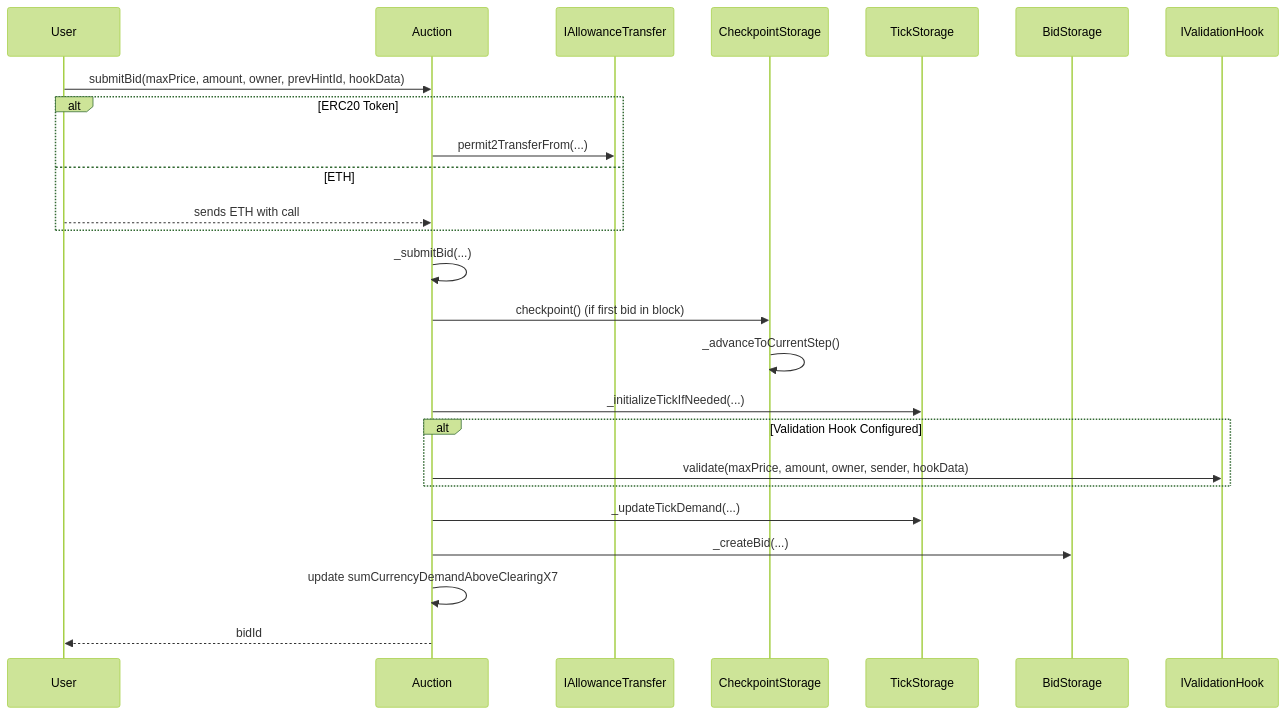
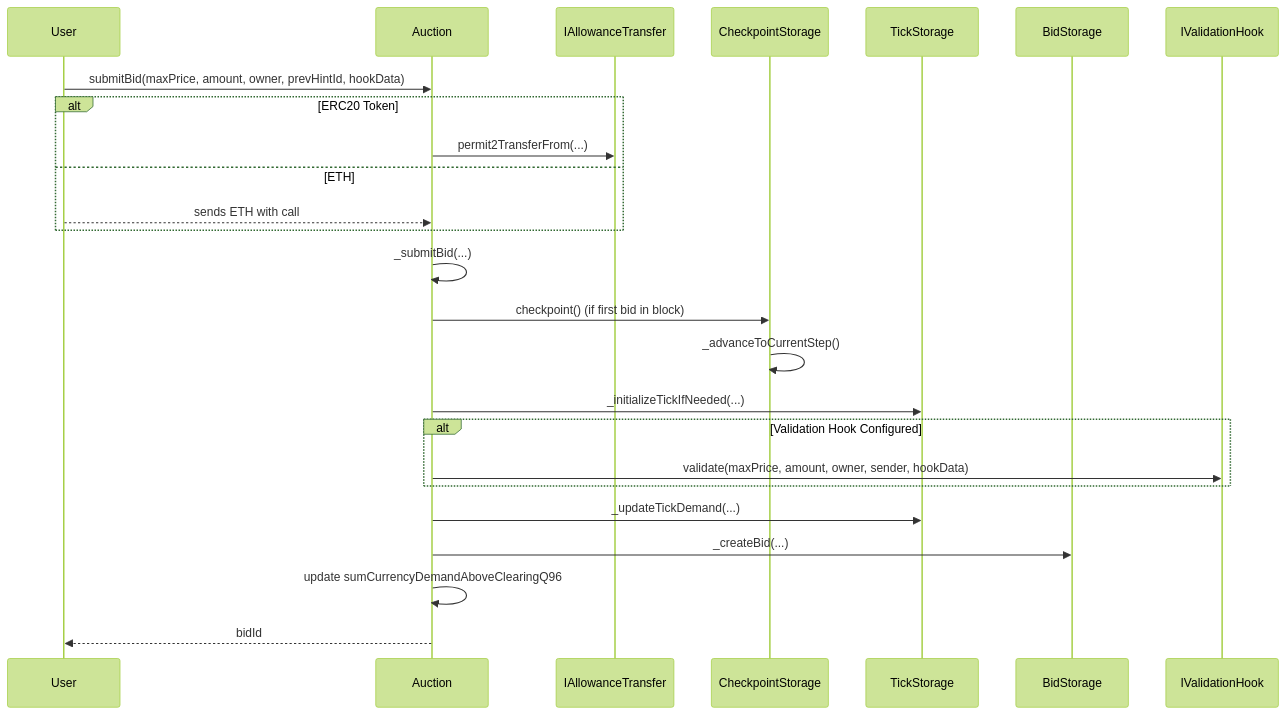
The fourth of 6 diagrams in docs/autogen/src/README.md (Uniswap/continuous-clearing-auction), drawn with Mermaid (forest theme) before and after one commit. The commit also changed other lines of this file and 37 other files, not shown here.

````diff
--- a/docs/autogen/src/README.md
+++ b/docs/autogen/src/README.md
@@ -569,28 +546,28 @@
 ```mermaid
 sequenceDiagram
     participant User
     participant Auction
     participant IAllowanceTransfer
     participant CheckpointStorage
     participant TickStorage
     participant BidStorage
     participant IValidationHook
 
     User->>Auction: submitBid(maxPrice, amount, owner, prevHintId, hookData)
     alt ERC20 Token
         Auction->>IAllowanceTransfer: permit2TransferFrom(...)
     else ETH
         User-->>Auction: sends ETH with call
     end
     Auction->>Auction: _submitBid(...)
     Auction->>CheckpointStorage: checkpoint() (if first bid in block)
     CheckpointStorage->>CheckpointStorage: _advanceToCurrentStep()
     Auction->>TickStorage: _initializeTickIfNeeded(...)
     alt Validation Hook Configured
         Auction->>IValidationHook: validate(maxPrice, amount, owner, sender, hookData)
     end
     Auction->>TickStorage: _updateTickDemand(...)
     Auction->>BidStorage: _createBid(...)
-    Auction->>Auction: update sumCurrencyDemandAboveClearingX7
+    Auction->>Auction: update sumCurrencyDemandAboveClearingQ96
     Auction-->>User: bidId
 ```
````
